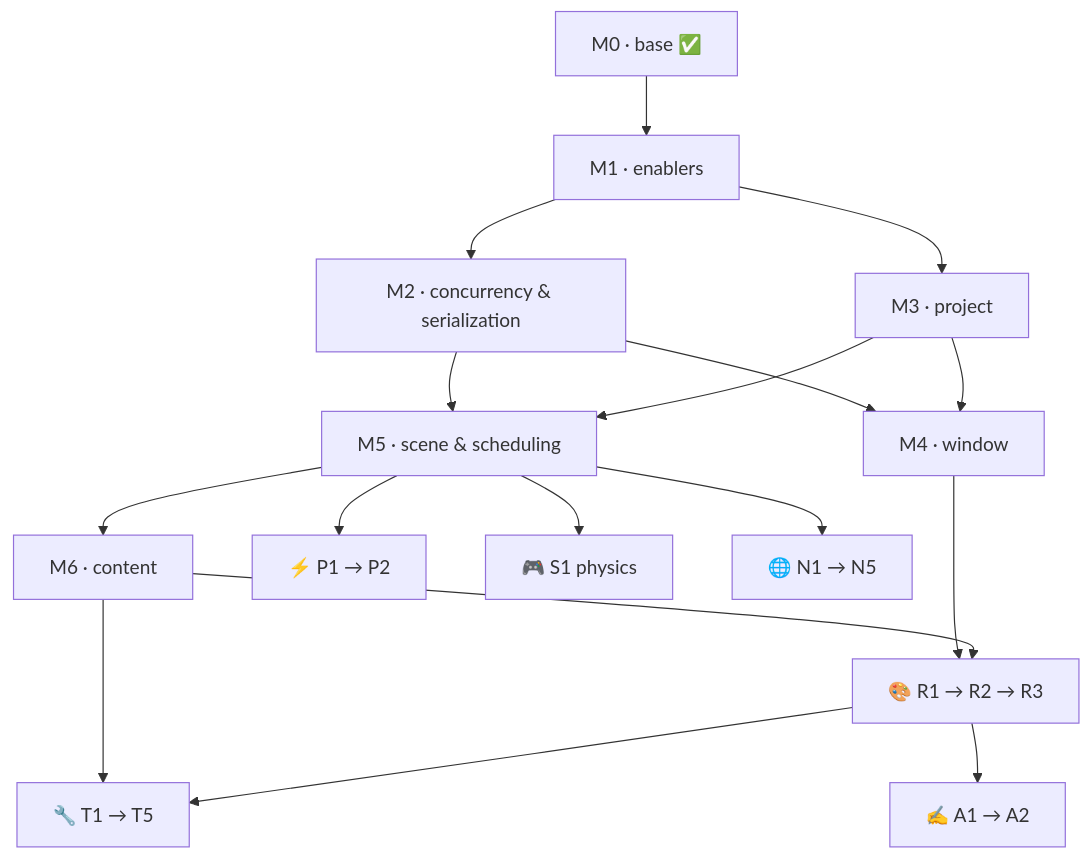
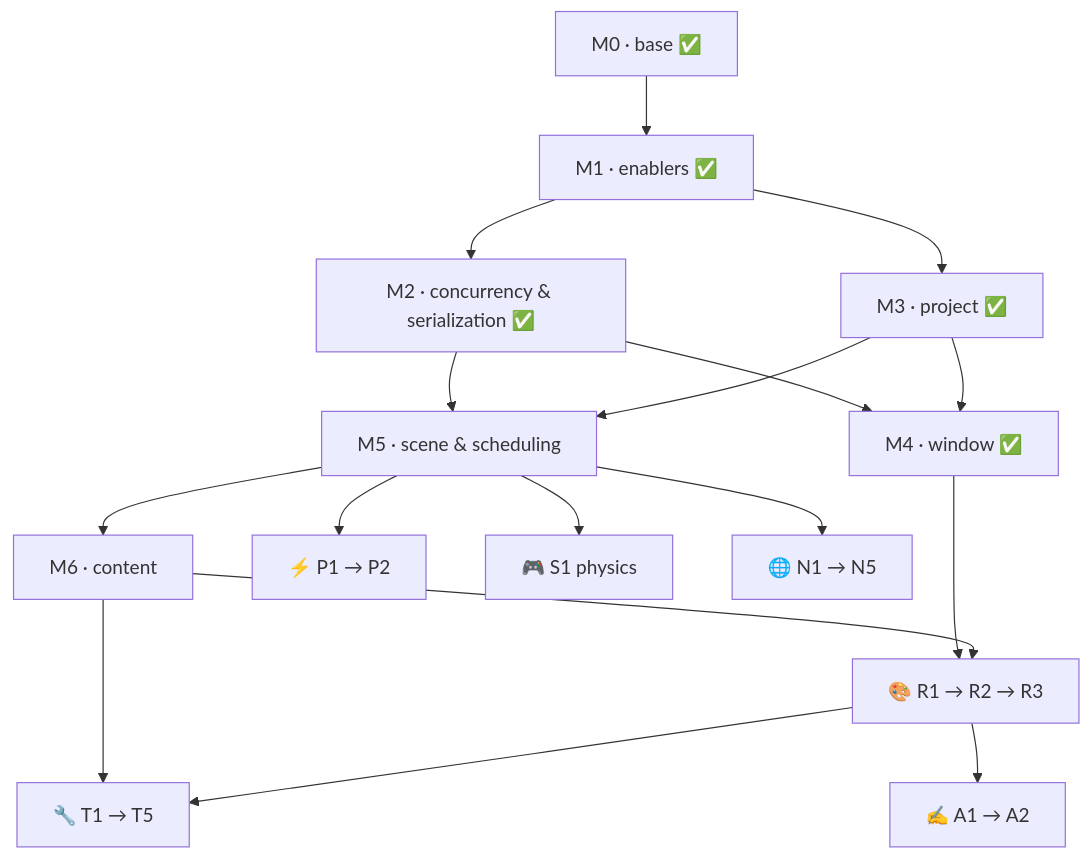
One commit to techattackteam/TechEngine-vault changed the diagram in 02 Roadmap/Roadmap.md. Above: the diagram before and after it, drawn with Mermaid. The commit also changed other lines of this file and 23 other files, not shown here.

````diff
--- a/02 Roadmap/Roadmap.md
+++ b/02 Roadmap/Roadmap.md
@@ -19,10 +19,10 @@
 ```mermaid
 flowchart TB
-  M0["M0 · base ✅"] --> M1["M1 · enablers"]
-  M1 --> M2["M2 · concurrency &amp; serialization"] & M3["M3 · project"]
-  M2 & M3 --> M4["M4 · window"] & M5["M5 · scene &amp; scheduling"]
+  M0["M0 · base ✅"] --> M1["M1 · enablers ✅"]
+  M1 --> M2["M2 · concurrency &amp; serialization ✅"] & M3["M3 · project ✅"]
+  M2 & M3 --> M4["M4 · window ✅"] & M5["M5 · scene &amp; scheduling"]
   M5 --> M6["M6 · content"] & P["⚡ P1 → P2"] & S["🎮 S1 physics"] & N["🌐 N1 → N5"]
   M4 --> R
   M6 --> R["🎨 R1 → R2 → R3"] & T["🔧 T1 → T5"]
   R --> T & A["✍️ A1 → A2"]
 ```
````
